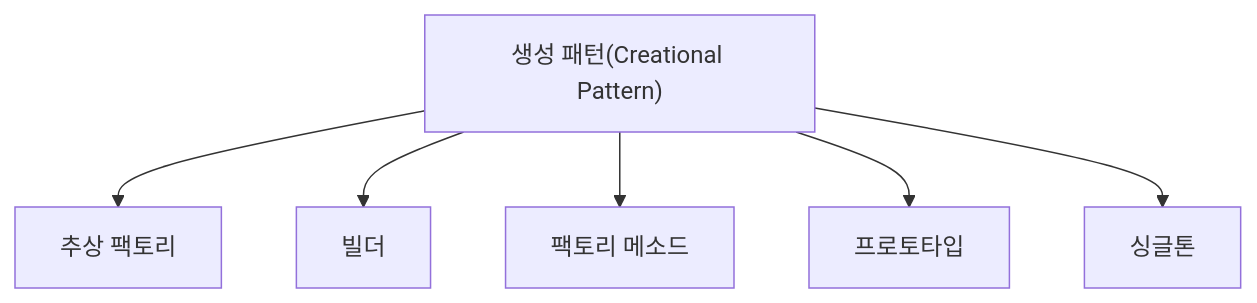
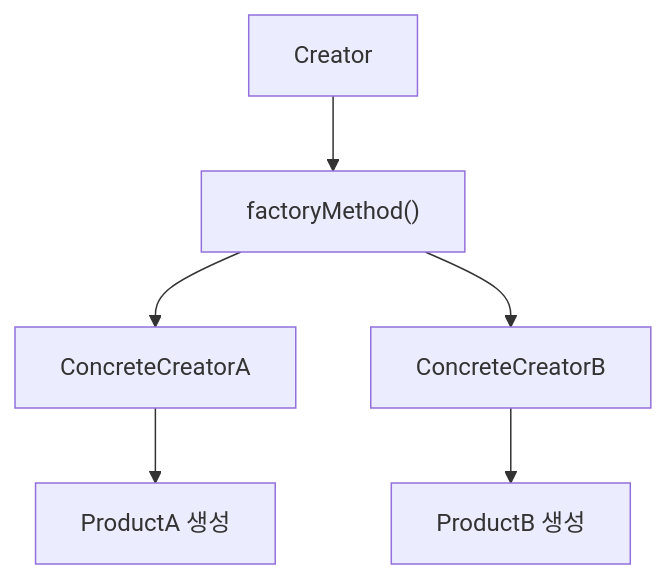
The sixth of 10 diagrams in 정보처리기사/1과목 소프트웨어 설계/050 생성 패턴(Creational Pattern)/050 생성 패턴(Creational Pattern).md (nes0903/study), drawn with Mermaid before and after one commit. The commit also changed other lines of this file and 318 other files, not shown here.

````diff
--- a/정보처리기사/1과목 소프트웨어 설계/050 생성 패턴(Creational Pattern)/050 생성 패턴(Creational Pattern).md
+++ b/정보처리기사/1과목 소프트웨어 설계/050 생성 패턴(Creational Pattern)/050 생성 패턴(Creational Pattern).md
@@ -13,9 +181,9 @@
 ```mermaid
 flowchart TD
-    A["생성 패턴(Creational Pattern)"]
-    A --> N1["추상 팩토리"]
-    A --> N2["빌더"]
-    A --> N3["팩토리 메소드"]
-    A --> N4["프로토타입"]
-    A --> N5["싱글톤"]
+    A["Creator"]
+    A --> B["factoryMethod()"]
+    B --> C["ConcreteCreatorA"]
+    B --> D["ConcreteCreatorB"]
+    C --> C1["ProductA 생성"]
+    D --> D1["ProductB 생성"]
 ```
````
